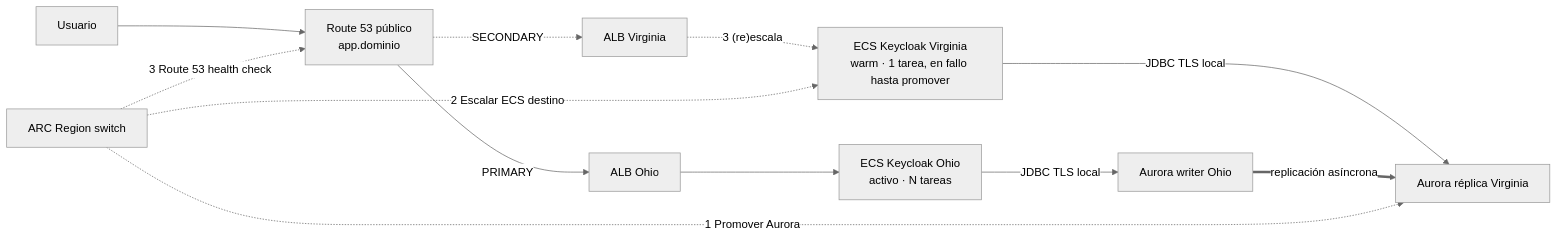
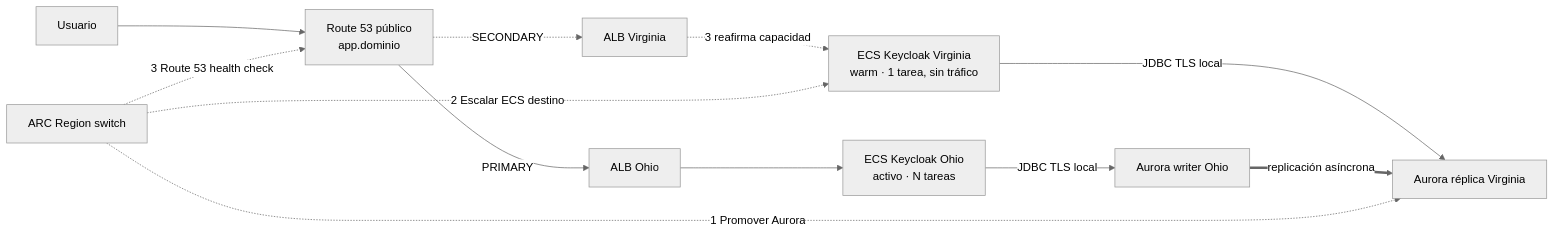
Before and after one commit to gocloudLa/lab-aws-dr-architecture: the diagram in docs/architecture.md, drawn with Mermaid (neutral theme). The commit also changed other lines of this file and 15 other files, not shown here.

````diff
--- a/docs/architecture.md
+++ b/docs/architecture.md
@@ -5,14 +5,14 @@
 ```mermaid
 flowchart LR
   U[Usuario] --> D["Route 53 público<br/>app.dominio"]
   D -->|PRIMARY| A2[ALB Ohio]
   D -. SECONDARY .-> A1[ALB Virginia]
   A2 --> E2["ECS Keycloak Ohio<br/>activo · N tareas"]
-  A1 -. "3 (re)escala" .-> E1["ECS Keycloak Virginia<br/>warm · 1 tarea, en fallo hasta promover"]
+  A1 -. "3 reafirma capacidad" .-> E1["ECS Keycloak Virginia<br/>warm · 1 tarea, sin tráfico"]
   E2 -->|JDBC TLS local| W[Aurora writer Ohio]
   E1 -->|JDBC TLS local| R[Aurora réplica Virginia]
   W == replicación asíncrona ==> R
   ARC[ARC Region switch] -. "1 Promover Aurora" .-> R
   ARC -. "2 Escalar ECS destino" .-> E1
   ARC -. "3 Route 53 health check" .-> D
 ```
````
